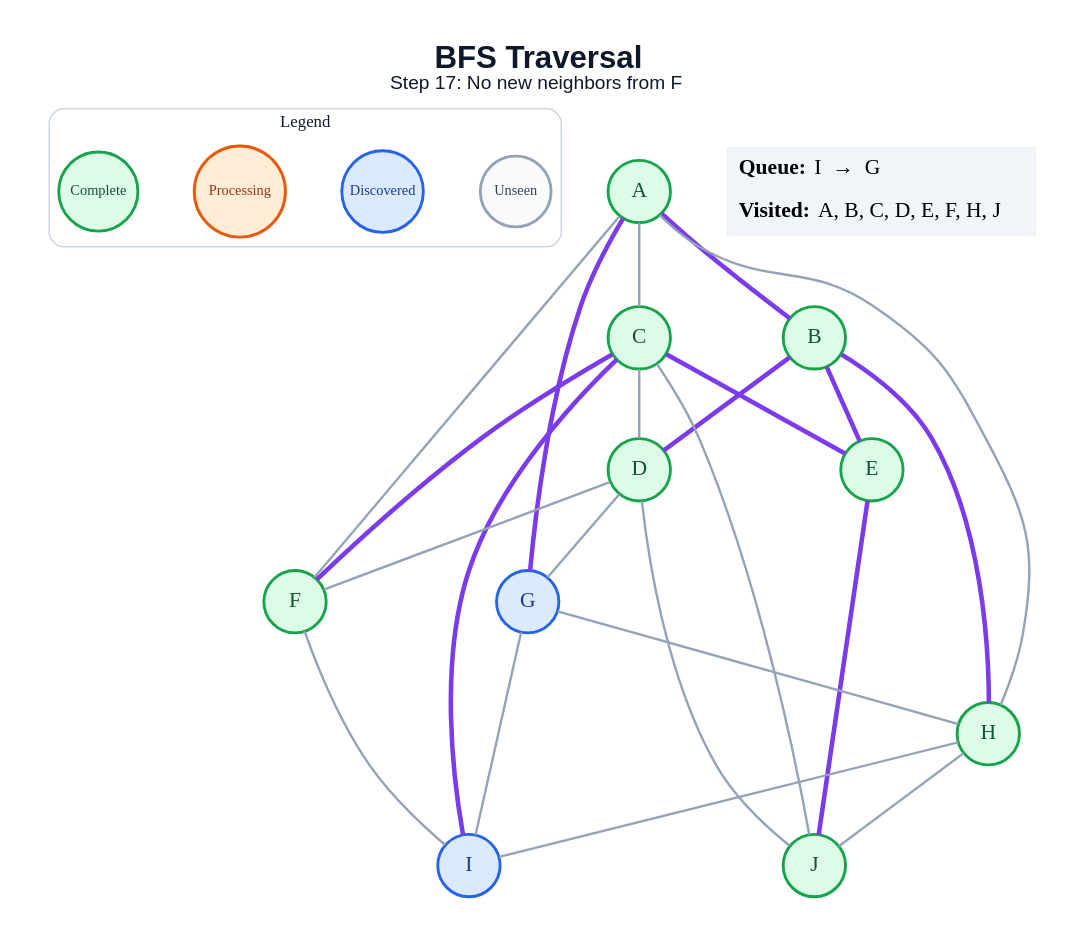
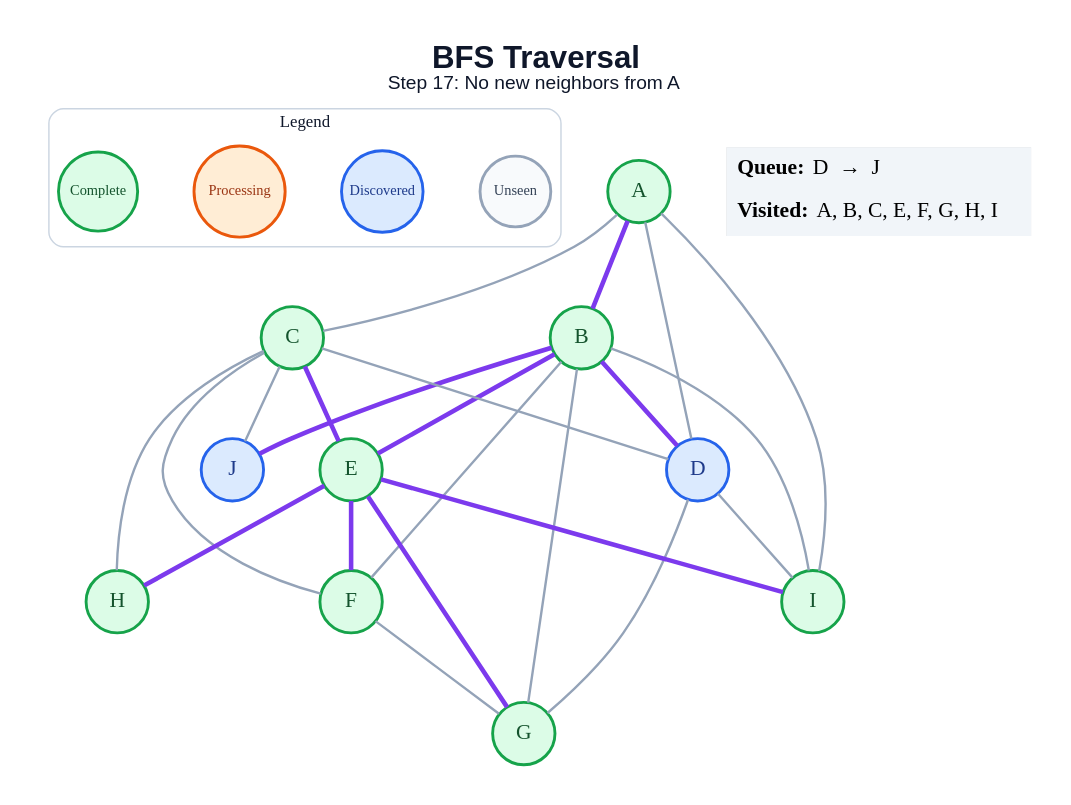
The diagram in generated/specific-node/bfs/step_17.dot (amanghodawala9/ai-slop), drawn with Graphviz before and after one commit. The commit also changed 178 other files, not shown here.

```diff
--- a/generated/specific-node/bfs/step_17.dot
+++ b/generated/specific-node/bfs/step_17.dot
@@ -1,51 +1,51 @@
 graph traversal {
   graph [layout=dot, rankdir=TB, bgcolor="#FFFFFF", pad="0.35", nodesep="0.65", ranksep="0.8", fontname="Arial"];
   node [shape=circle, style="filled", fontname="Arial Bold", fontsize=18, width=0.72, fixedsize=true, penwidth=2.4];
   edge [color="#94A3B8", penwidth=2.0];
-  label=<<B>BFS Traversal</B><BR/><FONT POINT-SIZE="16">Step 17: No new neighbors from F</FONT>>; labelloc="t"; fontsize=26; fontname="Arial"; fontcolor="#0F172A";
+  label=<<B>BFS Traversal</B><BR/><FONT POINT-SIZE="16">Step 17: No new neighbors from A</FONT>>; labelloc="t"; fontsize=26; fontname="Arial"; fontcolor="#0F172A";
   subgraph cluster_legend { label="Legend"; color="#CBD5E1"; penwidth=1.2; style="rounded"; fontsize=14; fontname="Arial Bold";
     key_unseen [label="Unseen", fillcolor="#F8FAFC", color="#94A3B8", fontcolor="#334155", fontsize=12, width=0.82];
     key_frontier [label="Discovered", fillcolor="#DBEAFE", color="#2563EB", fontcolor="#1E3A8A", fontsize=12, width=0.95];
     key_current [label="Processing", fillcolor="#FFEDD5", color="#EA580C", fontcolor="#9A3412", fontsize=12, width=1.05];
     key_done [label="Complete", fillcolor="#DCFCE7", color="#16A34A", fontcolor="#14532D", fontsize=12, width=0.92];
     { rank=same; key_unseen; key_frontier; key_current; key_done; }
   }
   A [fillcolor="#DCFCE7", color="#16A34A", fontcolor="#14532D"];
   B [fillcolor="#DCFCE7", color="#16A34A", fontcolor="#14532D"];
   C [fillcolor="#DCFCE7", color="#16A34A", fontcolor="#14532D"];
-  D [fillcolor="#DCFCE7", color="#16A34A", fontcolor="#14532D"];
+  D [fillcolor="#DBEAFE", color="#2563EB", fontcolor="#1E3A8A"];
   E [fillcolor="#DCFCE7", color="#16A34A", fontcolor="#14532D"];
   F [fillcolor="#DCFCE7", color="#16A34A", fontcolor="#14532D"];
-  G [fillcolor="#DBEAFE", color="#2563EB", fontcolor="#1E3A8A"];
+  G [fillcolor="#DCFCE7", color="#16A34A", fontcolor="#14532D"];
   H [fillcolor="#DCFCE7", color="#16A34A", fontcolor="#14532D"];
-  I [fillcolor="#DBEAFE", color="#2563EB", fontcolor="#1E3A8A"];
-  J [fillcolor="#DCFCE7", color="#16A34A", fontcolor="#14532D"];
+  I [fillcolor="#DCFCE7", color="#16A34A", fontcolor="#14532D"];
+  J [fillcolor="#DBEAFE", color="#2563EB", fontcolor="#1E3A8A"];
   A -- B [color="#7C3AED", penwidth=3.8];
   A -- C;
-  A -- F;
-  A -- G [color="#7C3AED", penwidth=3.8];
-  A -- H;
+  A -- D;
+  A -- I;
   B -- D [color="#7C3AED", penwidth=3.8];
   B -- E [color="#7C3AED", penwidth=3.8];
-  B -- H [color="#7C3AED", penwidth=3.8];
+  B -- F;
+  B -- G;
+  B -- I;
+  B -- J [color="#7C3AED", penwidth=3.8];
   C -- D;
   C -- E [color="#7C3AED", penwidth=3.8];
-  C -- F [color="#7C3AED", penwidth=3.8];
-  C -- I [color="#7C3AED", penwidth=3.8];
+  C -- F;
+  C -- H;
   C -- J;
-  D -- F;
   D -- G;
-  D -- J;
-  E -- J [color="#7C3AED", penwidth=3.8];
-  F -- I;
-  G -- H;
-  G -- I;
-  H -- I;
-  H -- J;
+  D -- I;
+  E -- F [color="#7C3AED", penwidth=3.8];
+  E -- G [color="#7C3AED", penwidth=3.8];
+  E -- H [color="#7C3AED", penwidth=3.8];
+  E -- I [color="#7C3AED", penwidth=3.8];
+  F -- G;
   status [shape=plain, fixedsize=false, width=0, height=0, margin=0, label=<
     <TABLE BORDER="0" CELLBORDER="0" CELLPADDING="7" BGCOLOR="#F1F5F9">
-      <TR><TD ALIGN="LEFT"><B>Queue:</B> I  →  G</TD></TR>
-      <TR><TD ALIGN="LEFT"><B>Visited:</B> A, B, C, D, E, F, H, J</TD></TR>
+      <TR><TD ALIGN="LEFT"><B>Queue:</B> D  →  J</TD></TR>
+      <TR><TD ALIGN="LEFT"><B>Visited:</B> A, B, C, E, F, G, H, I</TD></TR>
     </TABLE>
   >];
 }
```
